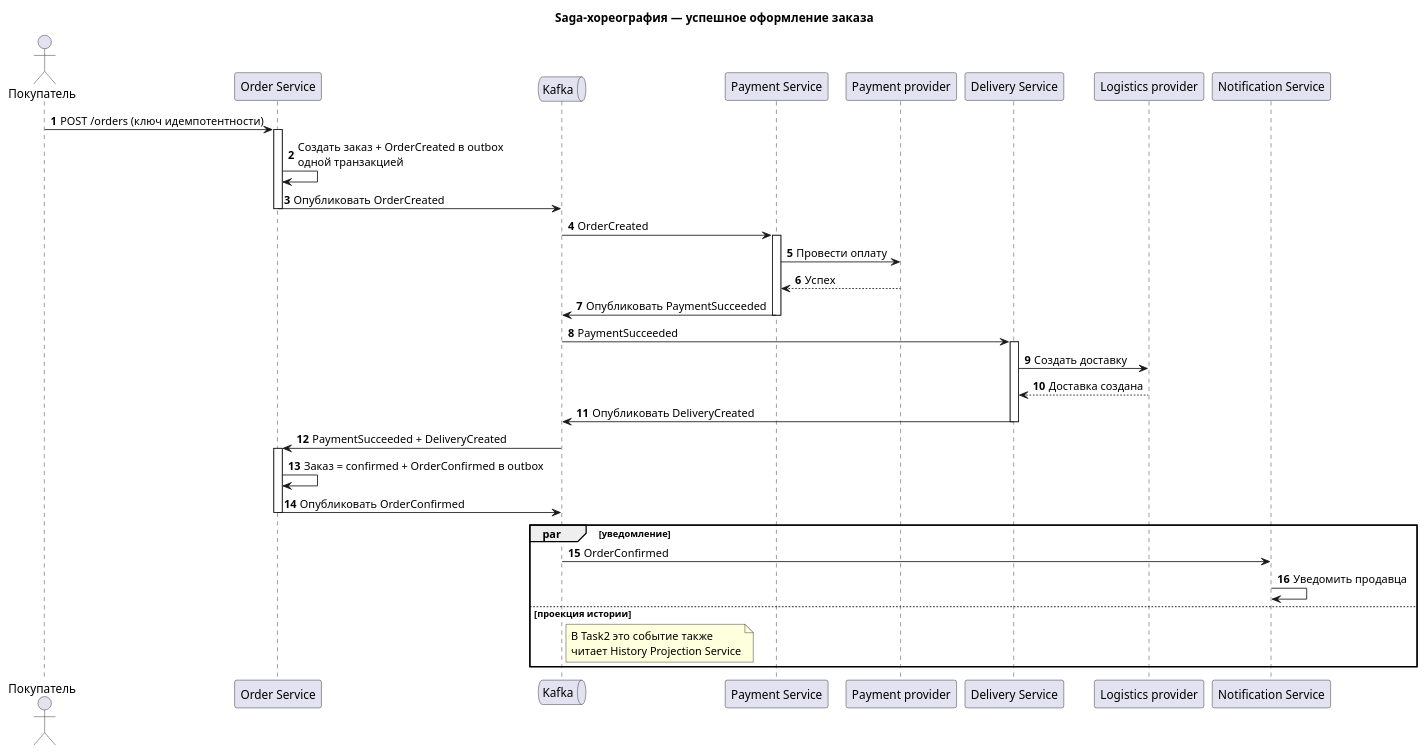
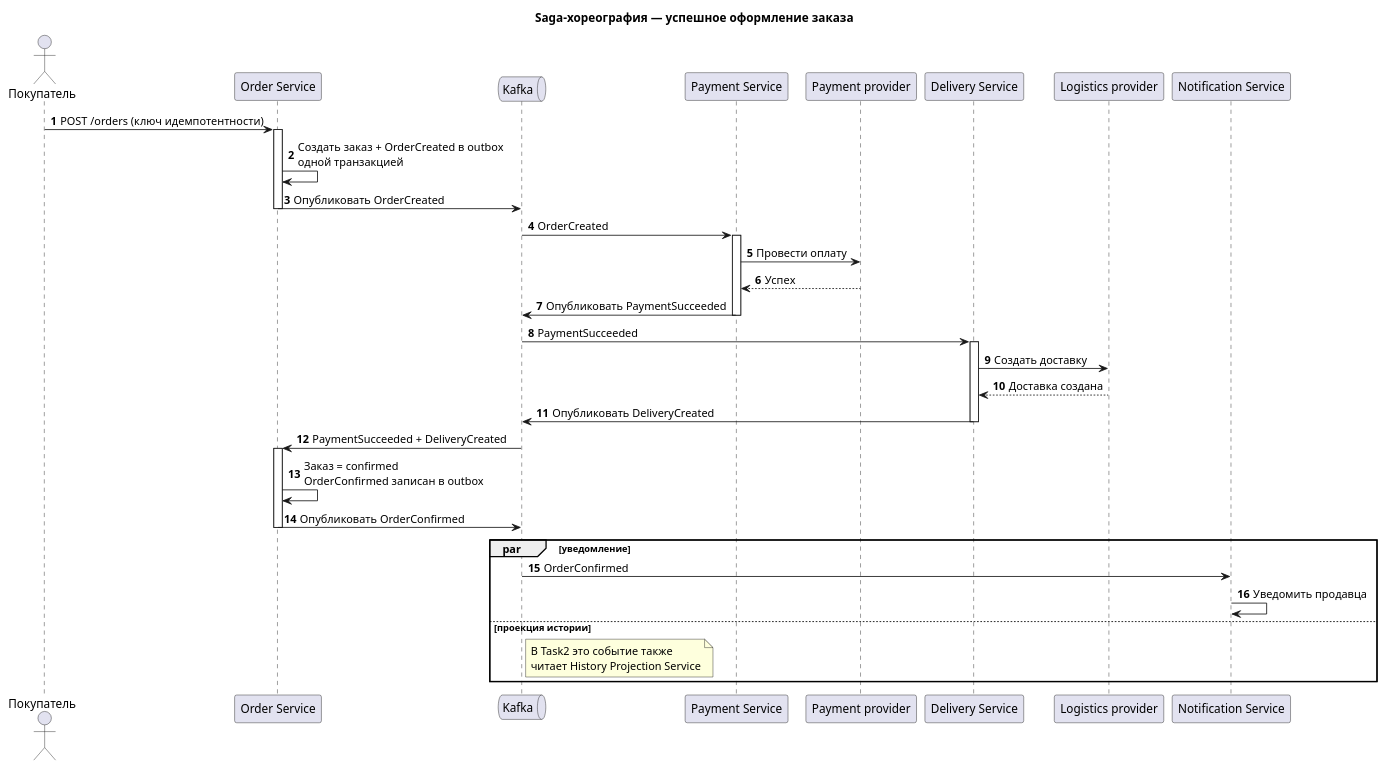
One commit to FFinn/MSA-3-NovaMarket-v1 changed the diagram in Task1/saga-success.puml. Above: the diagram before and after it, drawn with PlantUML. The commit also changed 12 other files, not shown here.

```diff
--- a/Task1/saga-success.puml
+++ b/Task1/saga-success.puml
@@ -1,41 +1,41 @@
 @startuml
 title Saga-хореография — успешное оформление заказа
 autonumber
 actor "Покупатель" as B
 participant "Order Service" as O
 queue Kafka as K
 participant "Payment Service" as P
 participant "Payment provider" as PP
 participant "Delivery Service" as D
 participant "Logistics provider" as LP
 participant "Notification Service" as N
 
 B -> O: POST /orders (ключ идемпотентности)
 activate O
 O -> O: Создать заказ + OrderCreated в outbox\nодной транзакцией
 O -> K: Опубликовать OrderCreated
 deactivate O
 K -> P: OrderCreated
 activate P
 P -> PP: Провести оплату
 PP --> P: Успех
 P -> K: Опубликовать PaymentSucceeded
 deactivate P
 K -> D: PaymentSucceeded
 activate D
 D -> LP: Создать доставку
 LP --> D: Доставка создана
 D -> K: Опубликовать DeliveryCreated
 deactivate D
 K -> O: PaymentSucceeded + DeliveryCreated
 activate O
-O -> O: Заказ = confirmed + OrderConfirmed в outbox
+O -> O: Заказ = confirmed\nOrderConfirmed записан в outbox
 O -> K: Опубликовать OrderConfirmed
 deactivate O
 par уведомление
  K -> N: OrderConfirmed
  N -> N: Уведомить продавца
 else проекция истории
  note right of K: В Task2 это событие также\nчитает History Projection Service
 end
 @enduml
```
